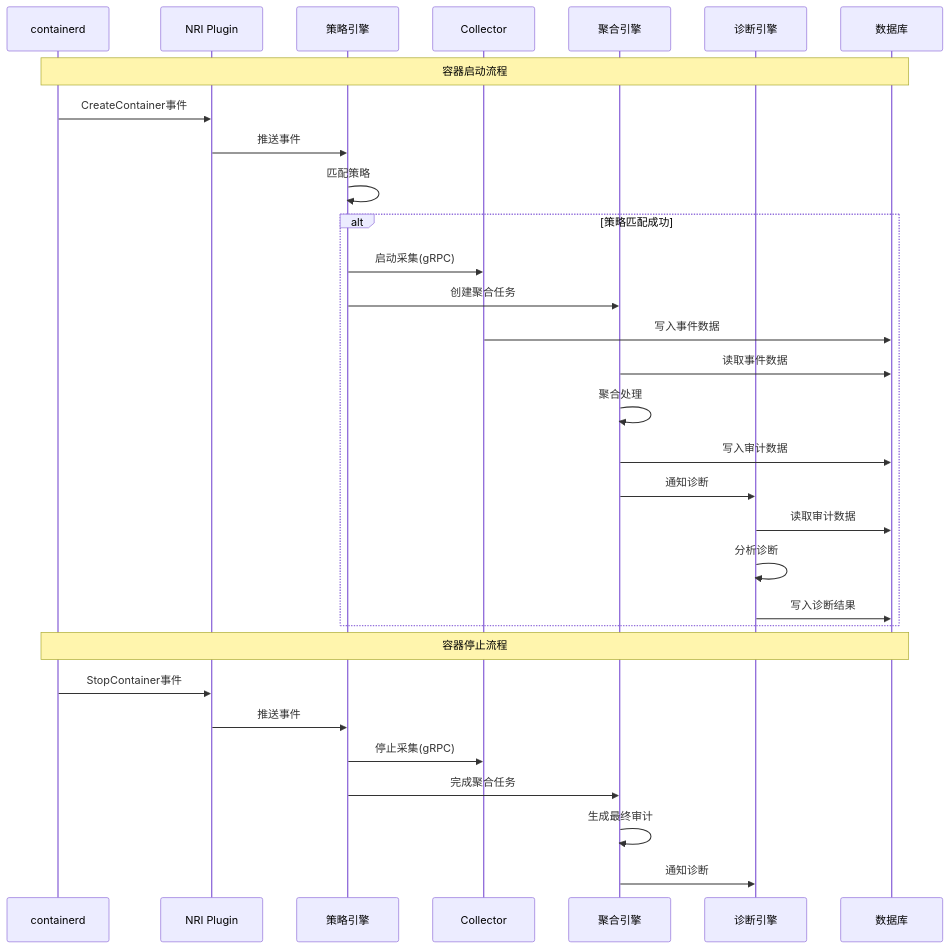
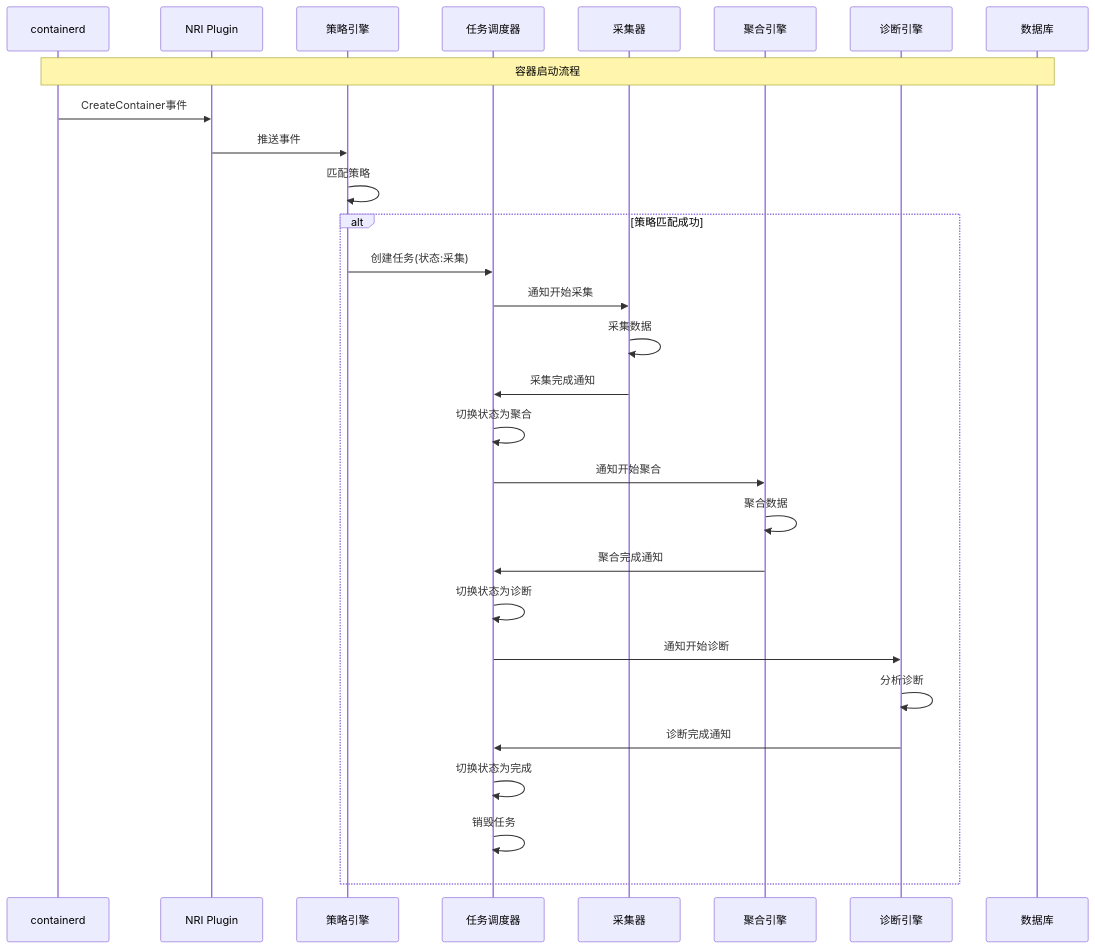
Before and after one commit to TDnorthgarden/nuts: the second of 14 diagrams in docs/arch.md, drawn with Mermaid. The commit also changed other lines of this file and 4 other files, not shown here.

````diff
--- a/docs/arch.md
+++ b/docs/arch.md
@@ -82,35 +82,32 @@
 ```mermaid
 sequenceDiagram
     participant Containerd as containerd
     participant NRI as NRI Plugin
     participant PolicyEngine as 策略引擎
-    participant Collector as Collector
+    participant TaskScheduler as 任务调度器
+    participant Collector as 采集器
     participant Aggregation as 聚合引擎
     participant Diagnostic as 诊断引擎
     participant DB as 数据库
 
     Note over Containerd,DB: 容器启动流程
     Containerd->>NRI: CreateContainer事件
     NRI->>PolicyEngine: 推送事件
     PolicyEngine->>PolicyEngine: 匹配策略
     alt 策略匹配成功
-        PolicyEngine->>Collector: 启动采集(gRPC)
-        PolicyEngine->>Aggregation: 创建聚合任务
-        Collector->>DB: 写入事件数据
-        Aggregation->>DB: 读取事件数据
-        Aggregation->>Aggregation: 聚合处理
-        Aggregation->>DB: 写入审计数据
-        Aggregation->>Diagnostic: 通知诊断
-        Diagnostic->>DB: 读取审计数据
+        PolicyEngine->>TaskScheduler: 创建任务(状态:采集)
+        TaskScheduler->>Collector: 通知开始采集
+        Collector->>Collector: 采集数据
+        Collector->>TaskScheduler: 采集完成通知
+        TaskScheduler->>TaskScheduler: 切换状态为聚合
+        TaskScheduler->>Aggregation: 通知开始聚合
+        Aggregation->>Aggregation: 聚合数据
+        Aggregation->>TaskScheduler: 聚合完成通知
+        TaskScheduler->>TaskScheduler: 切换状态为诊断
+        TaskScheduler->>Diagnostic: 通知开始诊断
         Diagnostic->>Diagnostic: 分析诊断
-        Diagnostic->>DB: 写入诊断结果
+        Diagnostic->>TaskScheduler: 诊断完成通知
+        TaskScheduler->>TaskScheduler: 切换状态为完成
+        TaskScheduler->>TaskScheduler: 销毁任务
     end
-
-    Note over Containerd,DB: 容器停止流程
-    Containerd->>NRI: StopContainer事件
-    NRI->>PolicyEngine: 推送事件
-    PolicyEngine->>Collector: 停止采集(gRPC)
-    PolicyEngine->>Aggregation: 完成聚合任务
-    Aggregation->>Aggregation: 生成最终审计
-    Aggregation->>Diagnostic: 通知诊断
 ```
````
